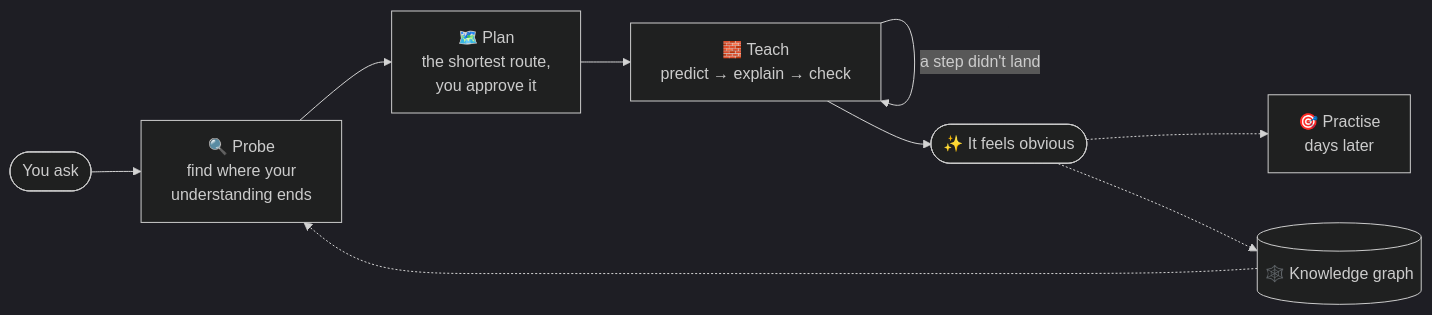
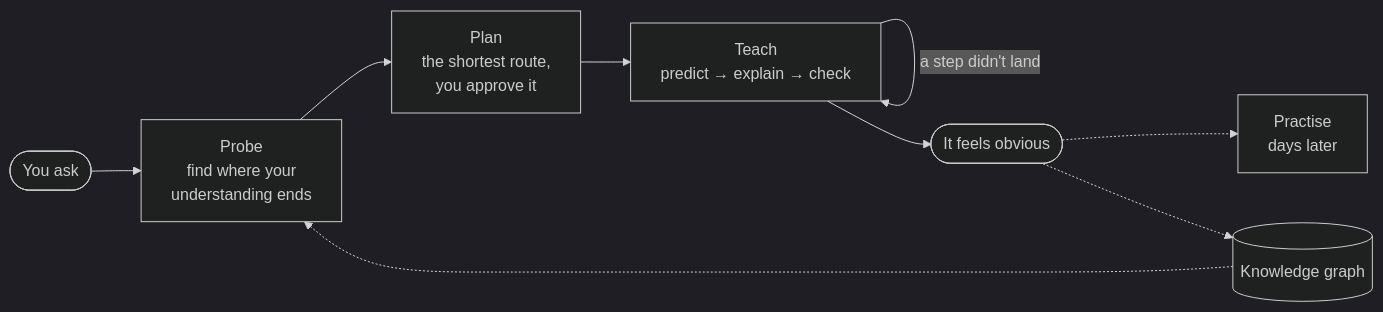
Before and after one commit to NouhKhouyi/aula: the diagram in README.md, drawn with Mermaid (dark theme). The commit also changed other lines of this file, not shown here.

````diff
--- a/README.md
+++ b/README.md
@@ -63,11 +63,11 @@
 ```mermaid
 flowchart LR
-    Q(["You ask"]) --> P["🔍 Probe<br/>find where your<br/>understanding ends"]
-    P --> L["🗺️ Plan<br/>the shortest route,<br/>you approve it"]
-    L --> T["🧱 Teach<br/>predict → explain → check"]
+    Q(["You ask"]) --> P["Probe<br/>find where your<br/>understanding ends"]
+    P --> L["Plan<br/>the shortest route,<br/>you approve it"]
+    L --> T["Teach<br/>predict → explain → check"]
     T -- "a step didn't land" --> T
-    T --> G(["✨ It feels obvious"])
-    G -.-> R["🎯 Practise<br/>days later"]
-    G -.-> K[("🕸️ Knowledge graph")]
+    T --> G(["It feels obvious"])
+    G -.-> R["Practise<br/>days later"]
+    G -.-> K[("Knowledge graph")]
     K -.-> P
 ```
````
